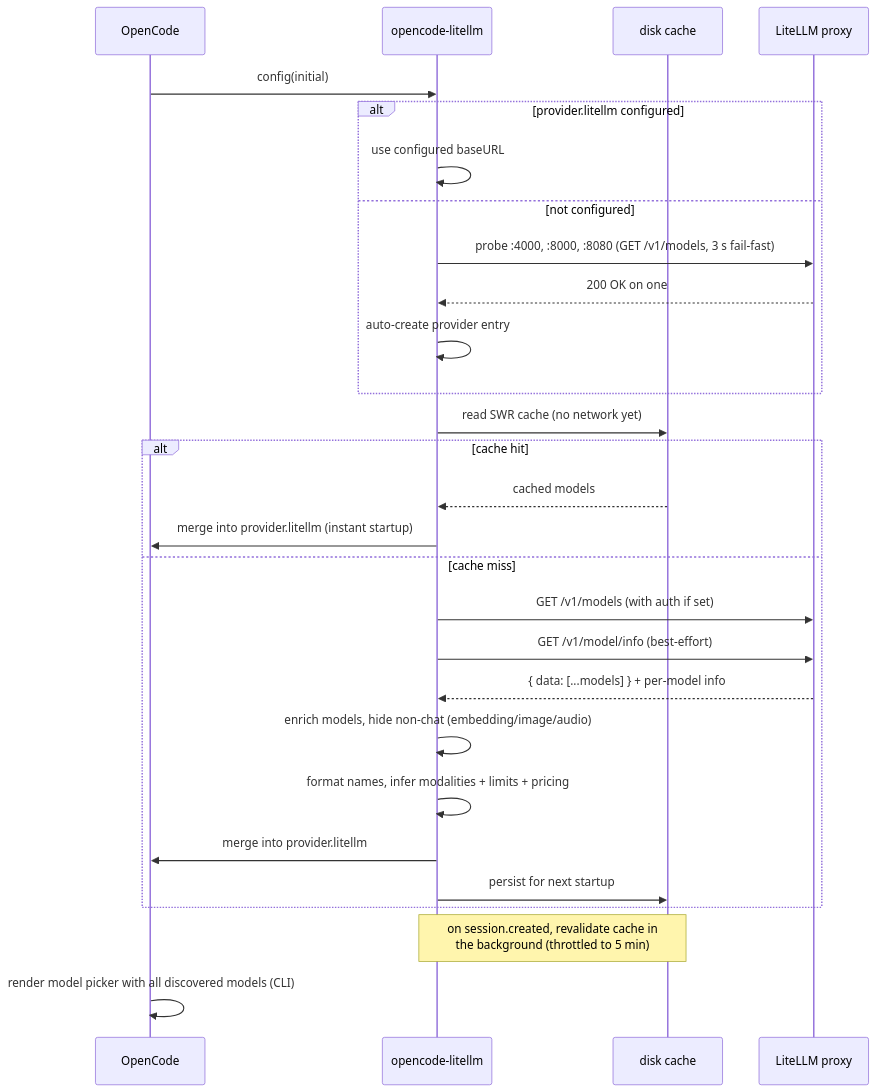
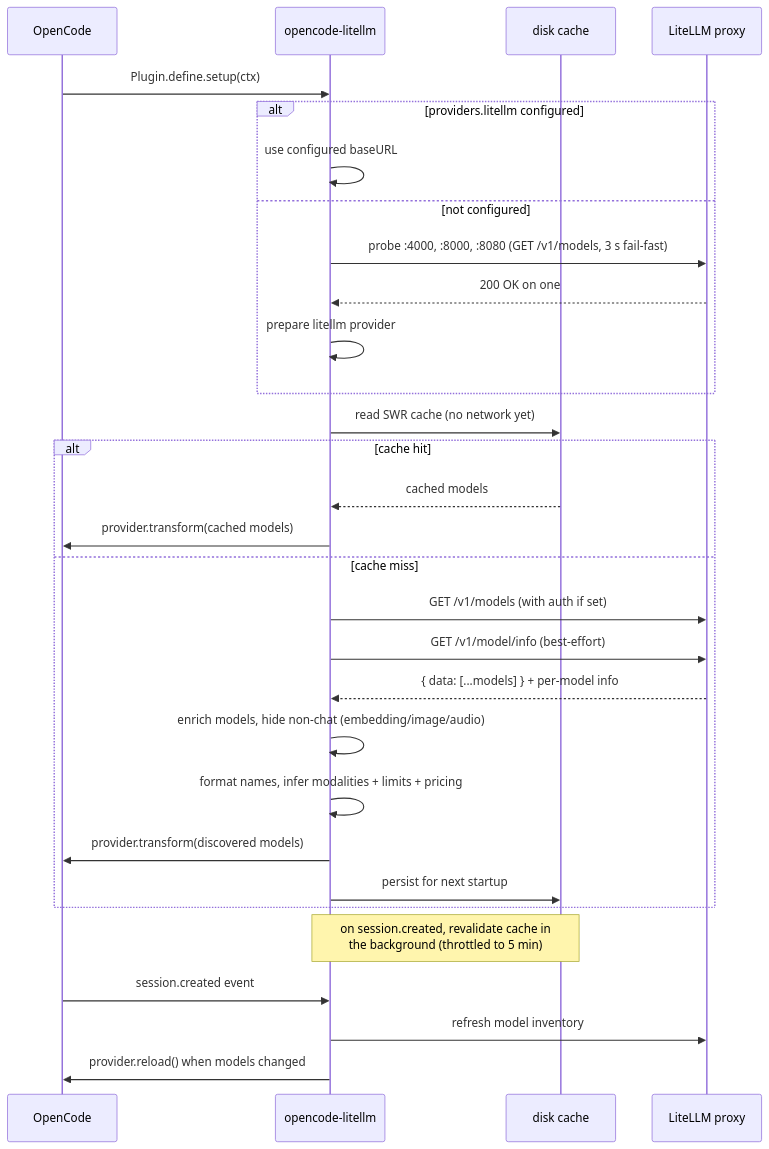
The diagram in README.md (AlexanderWillner/opencode-litellm), drawn with Mermaid before and after one commit. The commit also changed other lines of this file and 10 other files, not shown here.

````diff
--- a/README.md
+++ b/README.md
@@ -333,31 +354,33 @@
 ```mermaid
 sequenceDiagram
     participant OC as OpenCode
     participant Plugin as opencode-litellm
     participant Cache as disk cache
     participant LL as LiteLLM proxy
 
-    OC->>Plugin: config(initial)
-    alt provider.litellm configured
+    OC->>Plugin: Plugin.define.setup(ctx)
+    alt providers.litellm configured
         Plugin->>Plugin: use configured baseURL
     else not configured
         Plugin->>LL: probe :4000, :8000, :8080 (GET /v1/models, 3 s fail-fast)
         LL-->>Plugin: 200 OK on one
-        Plugin->>Plugin: auto-create provider entry
+        Plugin->>Plugin: prepare litellm provider
     end
     Plugin->>Cache: read SWR cache (no network yet)
     alt cache hit
         Cache-->>Plugin: cached models
-        Plugin->>OC: merge into provider.litellm (instant startup)
+        Plugin->>OC: provider.transform(cached models)
     else cache miss
         Plugin->>LL: GET /v1/models (with auth if set)
         Plugin->>LL: GET /v1/model/info (best-effort)
         LL-->>Plugin: { data: [...models] } + per-model info
         Plugin->>Plugin: enrich models, hide non-chat (embedding/image/audio)
         Plugin->>Plugin: format names, infer modalities + limits + pricing
-        Plugin->>OC: merge into provider.litellm
+        Plugin->>OC: provider.transform(discovered models)
         Plugin->>Cache: persist for next startup
     end
     Note over Plugin,Cache: on session.created, revalidate cache in<br/>the background (throttled to 5 min)
-    OC->>OC: render model picker with all discovered models (CLI)
+    OC->>Plugin: session.created event
+    Plugin->>LL: refresh model inventory
+    Plugin->>OC: provider.reload() when models changed
 ```
````
